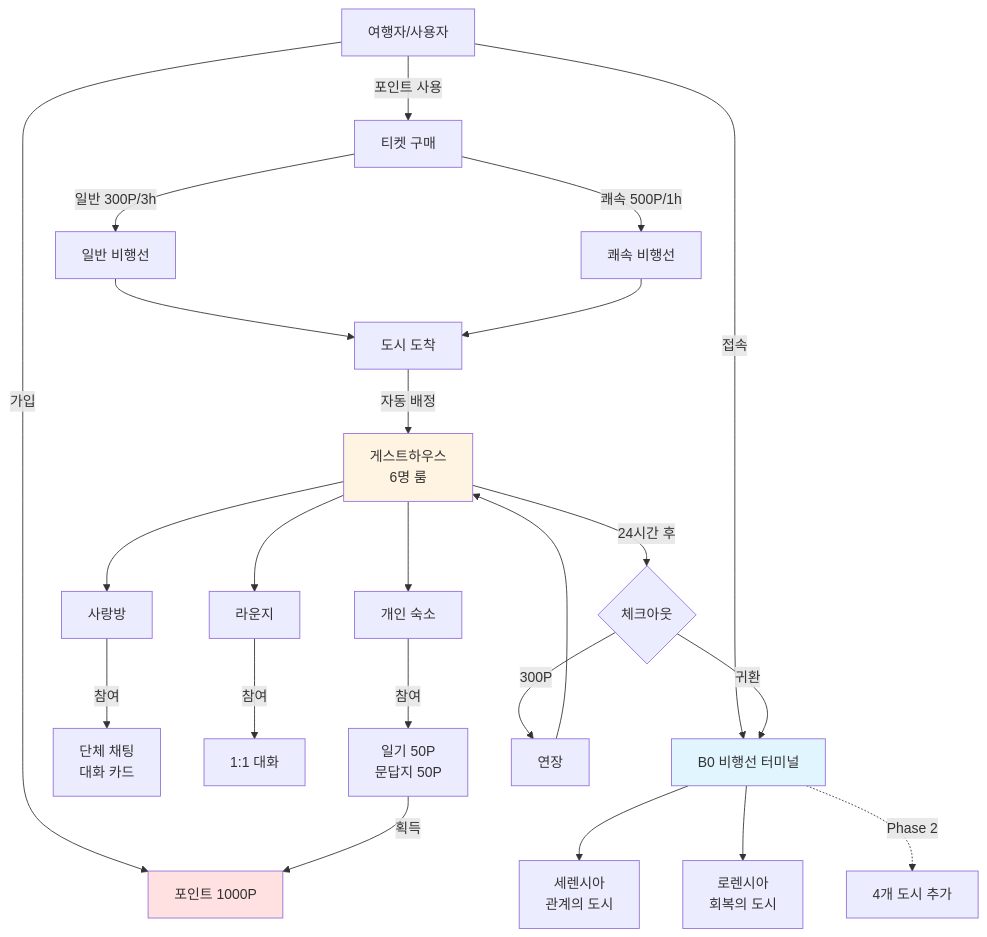
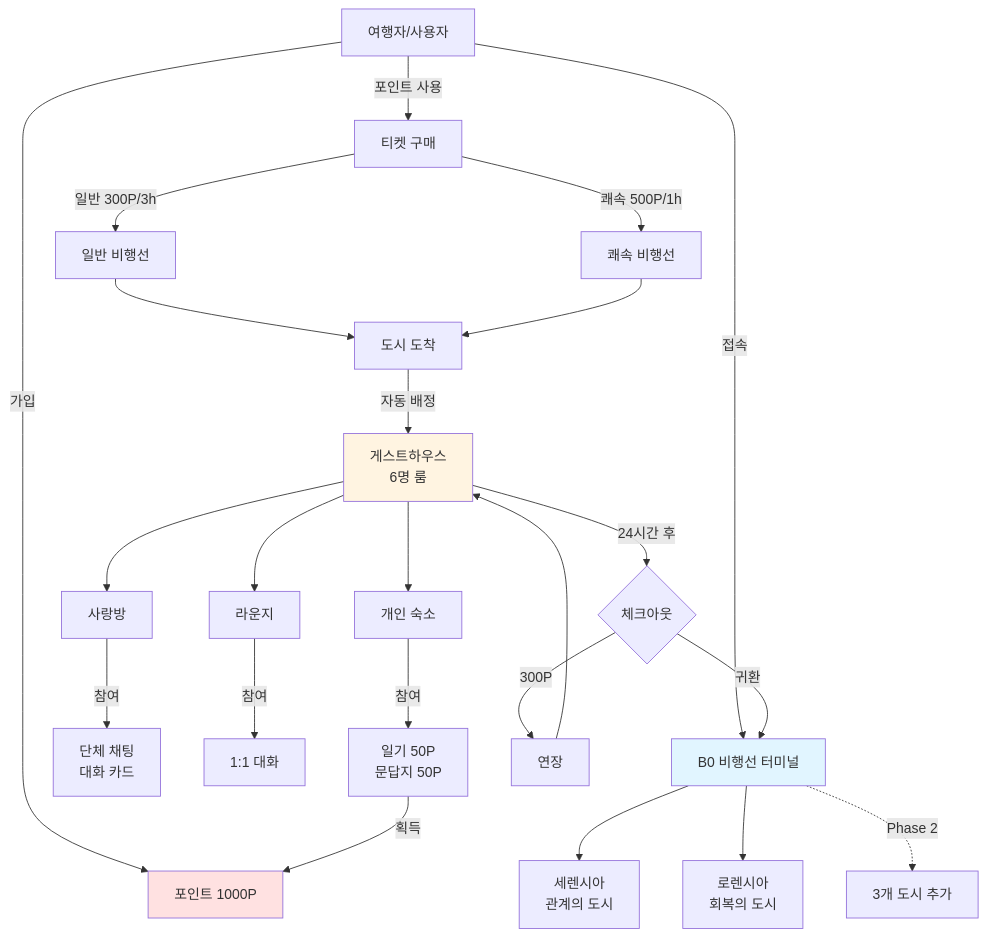
The first of 3 diagrams in docs/01-mvp.md (yuiyeong/bzero), drawn with Mermaid before and after one commit. The commit also changed other lines of this file and 1 other file, not shown here.

````diff
--- a/docs/01-mvp.md
+++ b/docs/01-mvp.md
@@ -14,28 +14,28 @@
 ```mermaid
 graph TB
     User[여행자/사용자] -->|가입| Points[포인트 1000P]
     User -->|접속| B0[B0 비행선 터미널]
     B0 --> City1[세렌시아<br/>관계의 도시]
     B0 --> City2[로렌시아<br/>회복의 도시]
-    B0 -.->|Phase 2| City3[4개 도시 추가]
+    B0 -.->|Phase 2| City3[3개 도시 추가]
     User -->|포인트 사용| Ticket[티켓 구매]
     Ticket -->|일반 300P/3h| AirshipA[일반 비행선]
     Ticket -->|쾌속 500P/1h| AirshipB[쾌속 비행선]
     AirshipA --> Arrive[도시 도착]
     AirshipB --> Arrive
     Arrive -->|자동 배정| GH[게스트하우스<br/>6명 룸]
     GH --> Space1[사랑방]
     GH --> Space2[라운지]
     GH --> Space3[개인 숙소]
     Space1 -->|참여| Activity1[단체 채팅<br/>대화 카드]
     Space2 -->|참여| Activity2[1:1 대화]
     Space3 -->|참여| Activity3[일기 50P<br/>문답지 50P]
     Activity3 -->|획득| Points
     GH -->|24시간 후| Checkout{체크아웃}
     Checkout -->|300P| Extend[연장]
     Checkout -->|귀환| B0
     Extend --> GH
     style B0 fill: #e1f5ff
     style GH fill: #fff4e1
     style Points fill: #ffe1e1
 ```
````
